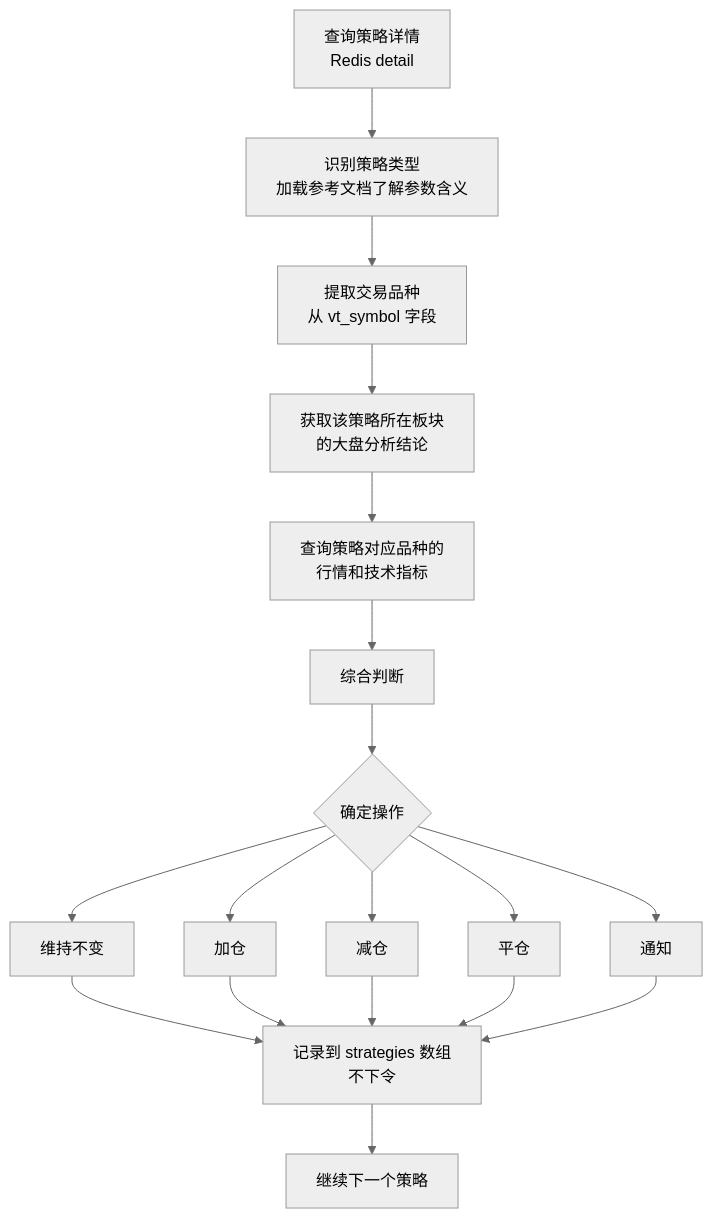
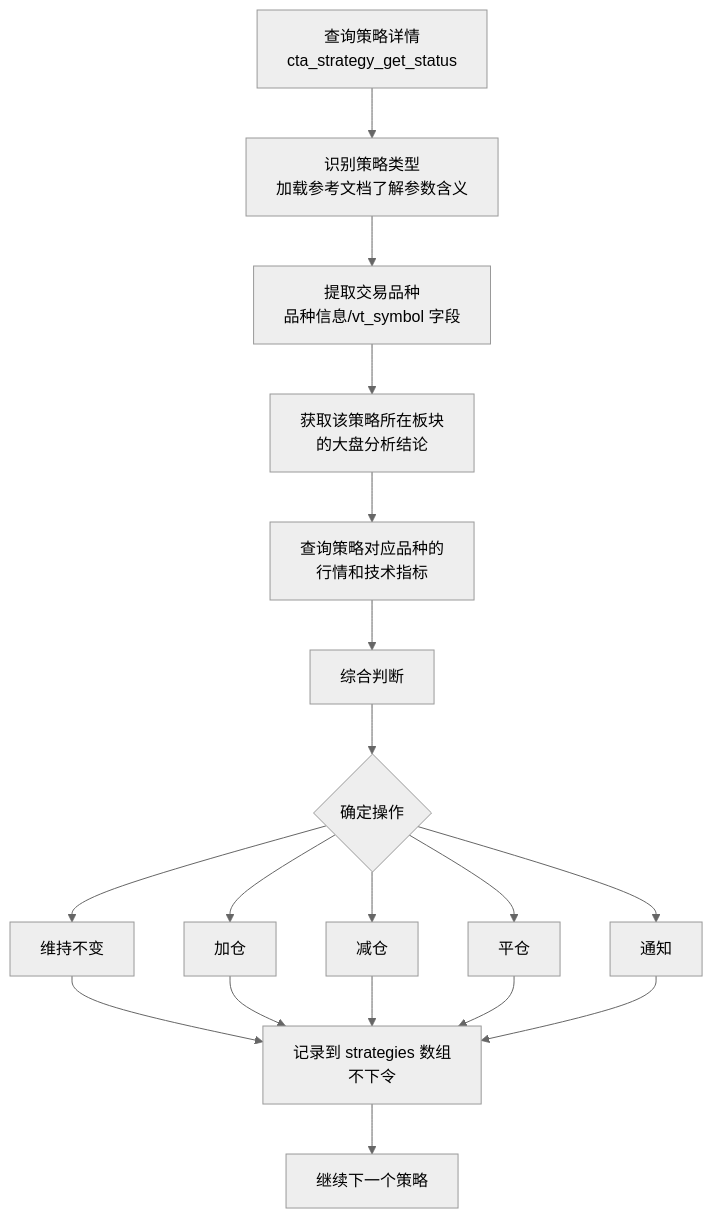
Before and after one commit to tiger3927/tiger-stock-strategy-analysis: the diagram in docs/vnpy整体持仓分析与风控/00_index.md, drawn with Mermaid (neutral theme). The commit also changed other lines of this file and 22 other files, not shown here.

````diff
--- a/docs/vnpy整体持仓分析与风控/00_index.md
+++ b/docs/vnpy整体持仓分析与风控/00_index.md
@@ -117,20 +101,20 @@
 ```mermaid
 flowchart TD
-    A[查询策略详情<br>Redis detail] --> B[识别策略类型<br>加载参考文档了解参数含义]
-    B --> C[提取交易品种<br>从 vt_symbol 字段]
+    A[查询策略详情<br>cta_strategy_get_status] --> B[识别策略类型<br>加载参考文档了解参数含义]
+    B --> C[提取交易品种<br>品种信息/vt_symbol 字段]
     C --> D[获取该策略所在板块<br>的大盘分析结论]
     D --> E[查询策略对应品种的<br>行情和技术指标]
     E --> F[综合判断]
     F --> G{确定操作}
     G --> H[维持不变]
     G --> I[加仓]
     G --> J[减仓]
     G --> K[平仓]
     G --> L[通知]
     H --> M[记录到 strategies 数组<br>不下令]
     I --> M
     J --> M
     K --> M
     L --> M
     M --> N[继续下一个策略]
 ```
````
